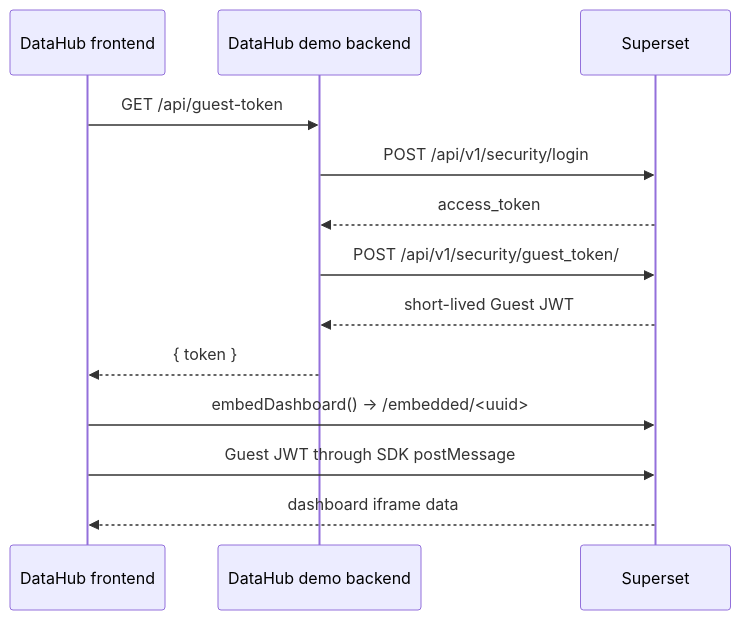
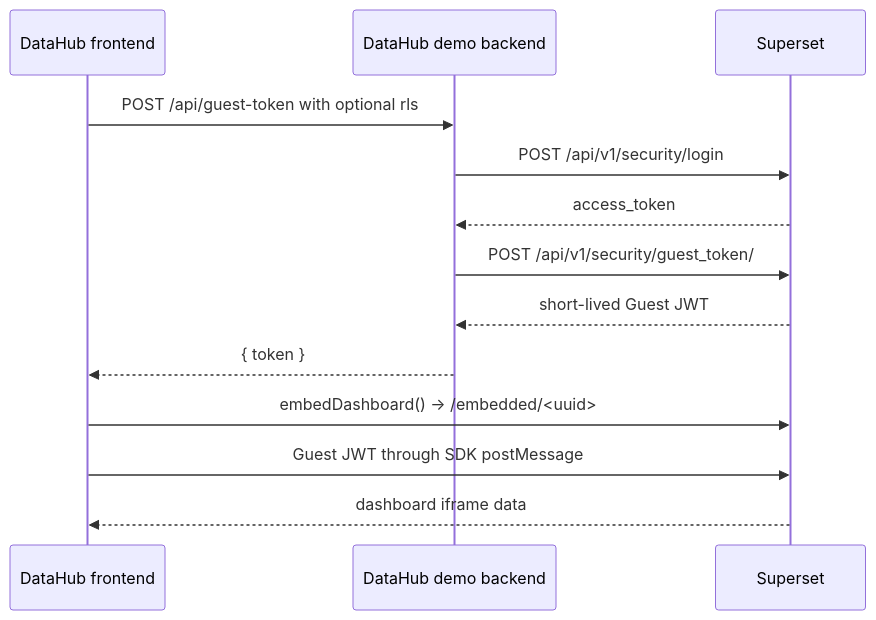
The diagram in examples/embedded-datahub/README.md (Vanquang0202/superset-datahub), drawn with Mermaid before and after one commit. The commit also changed other lines of this file and 4 other files, not shown here.

Commit message:
feat(embedded): add guest token RLS demo

````diff
--- a/examples/embedded-datahub/README.md
+++ b/examples/embedded-datahub/README.md
@@ -27,15 +30,15 @@
 ```mermaid
 sequenceDiagram
     participant Browser as DataHub frontend
     participant Demo as DataHub demo backend
     participant Superset
-    Browser->>Demo: GET /api/guest-token
+    Browser->>Demo: POST /api/guest-token with optional rls
     Demo->>Superset: POST /api/v1/security/login
     Superset-->>Demo: access_token
     Demo->>Superset: POST /api/v1/security/guest_token/
     Superset-->>Demo: short-lived Guest JWT
     Demo-->>Browser: { token }
     Browser->>Superset: embedDashboard() -> /embedded/<uuid>
     Browser->>Superset: Guest JWT through SDK postMessage
     Superset-->>Browser: dashboard iframe data
 ```
````
